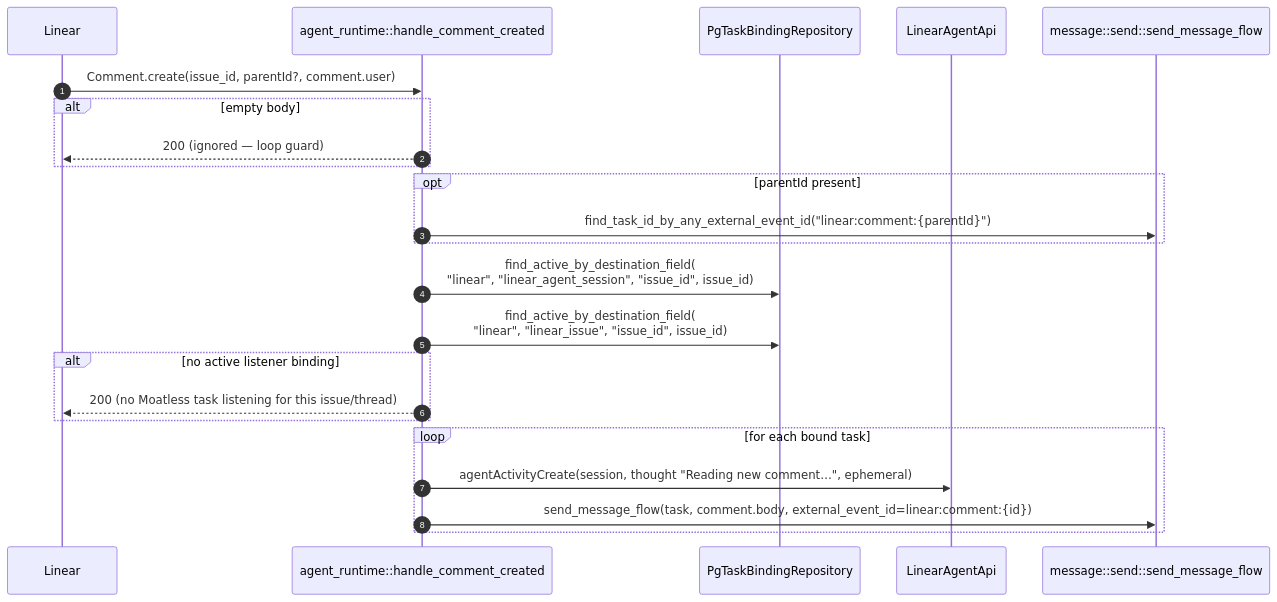
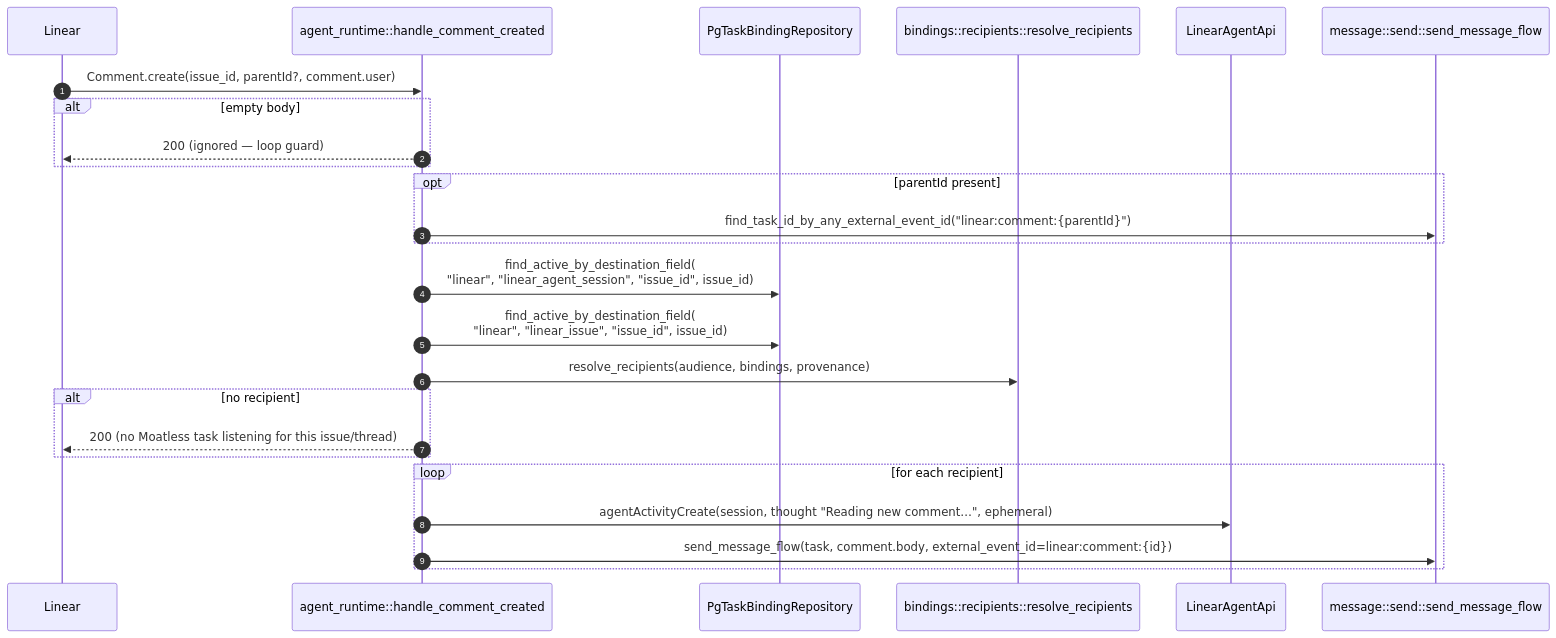
One commit to aorwall/moatless changed the fourth of 9 diagrams in docs/linear-adapter.md. Above: the diagram before and after it, drawn with Mermaid. The commit also changed other lines of this file and 22 other files, not shown here.

````diff
--- a/docs/linear-adapter.md
+++ b/docs/linear-adapter.md
@@ -199,26 +220,28 @@
 ```mermaid
 sequenceDiagram
     autonumber
     participant Linear
     participant Runtime as agent_runtime::handle_comment_created
     participant BindingRepo as PgTaskBindingRepository
+    participant Resolver as bindings::recipients::resolve_recipients
     participant API as LinearAgentApi
     participant MsgFlow as message::send::send_message_flow
 
     Linear->>Runtime: Comment.create(issue_id, parentId?, comment.user)
     alt empty body
         Runtime-->>Linear: 200 (ignored — loop guard)
     end
     opt parentId present
         Runtime->>MsgFlow: find_task_id_by_any_external_event_id("linear:comment:{parentId}")
     end
     Runtime->>BindingRepo: find_active_by_destination_field(<br/>"linear", "linear_agent_session", "issue_id", issue_id)
     Runtime->>BindingRepo: find_active_by_destination_field(<br/>"linear", "linear_issue", "issue_id", issue_id)
-    alt no active listener binding
+    Runtime->>Resolver: resolve_recipients(audience, bindings, provenance)
+    alt no recipient
         Runtime-->>Linear: 200 (no Moatless task listening for this issue/thread)
     end
-    loop for each bound task
+    loop for each recipient
         Runtime->>API: agentActivityCreate(session, thought "Reading new comment…", ephemeral)
         Runtime->>MsgFlow: send_message_flow(task, comment.body, external_event_id=linear:comment:{id})
     end
 ```
````
